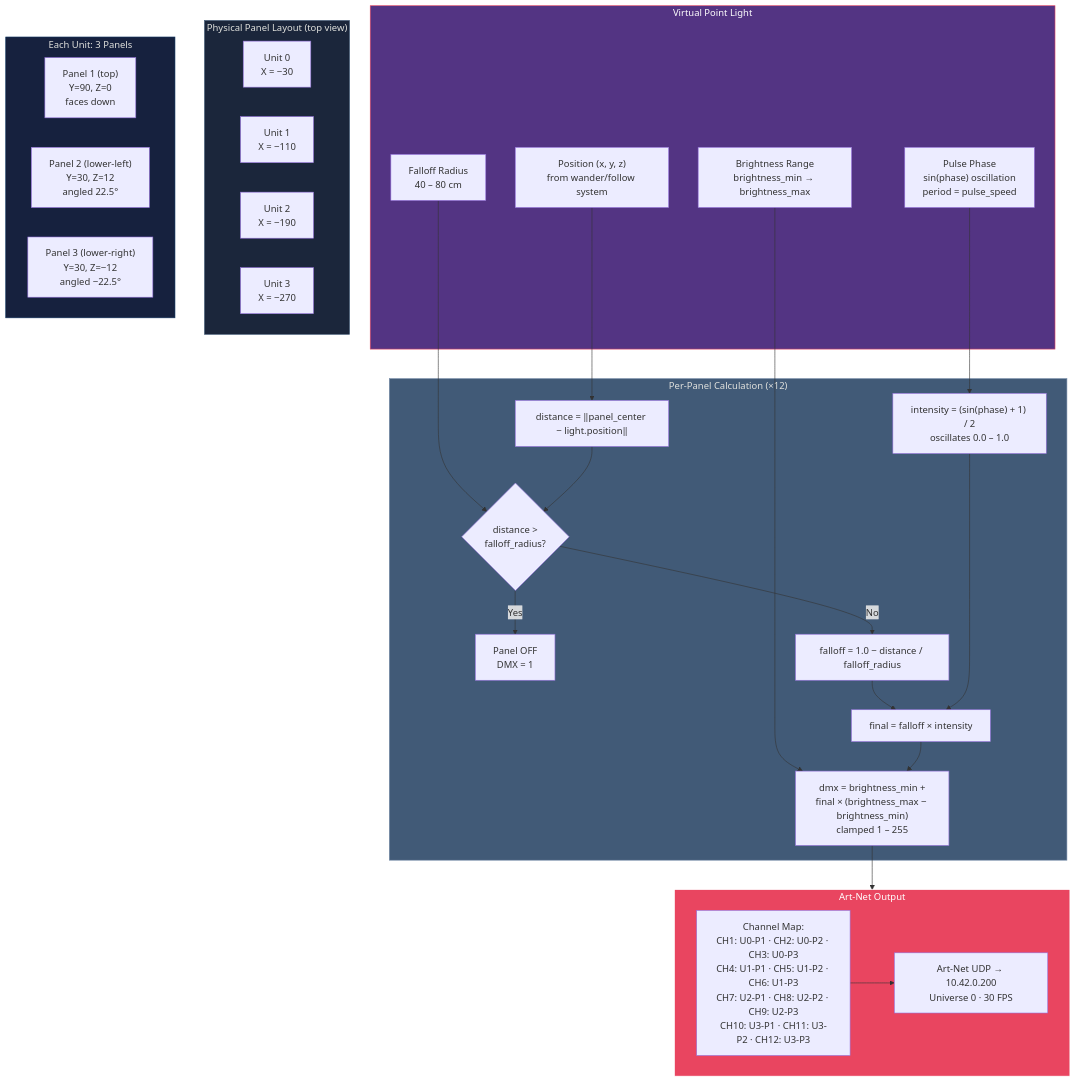
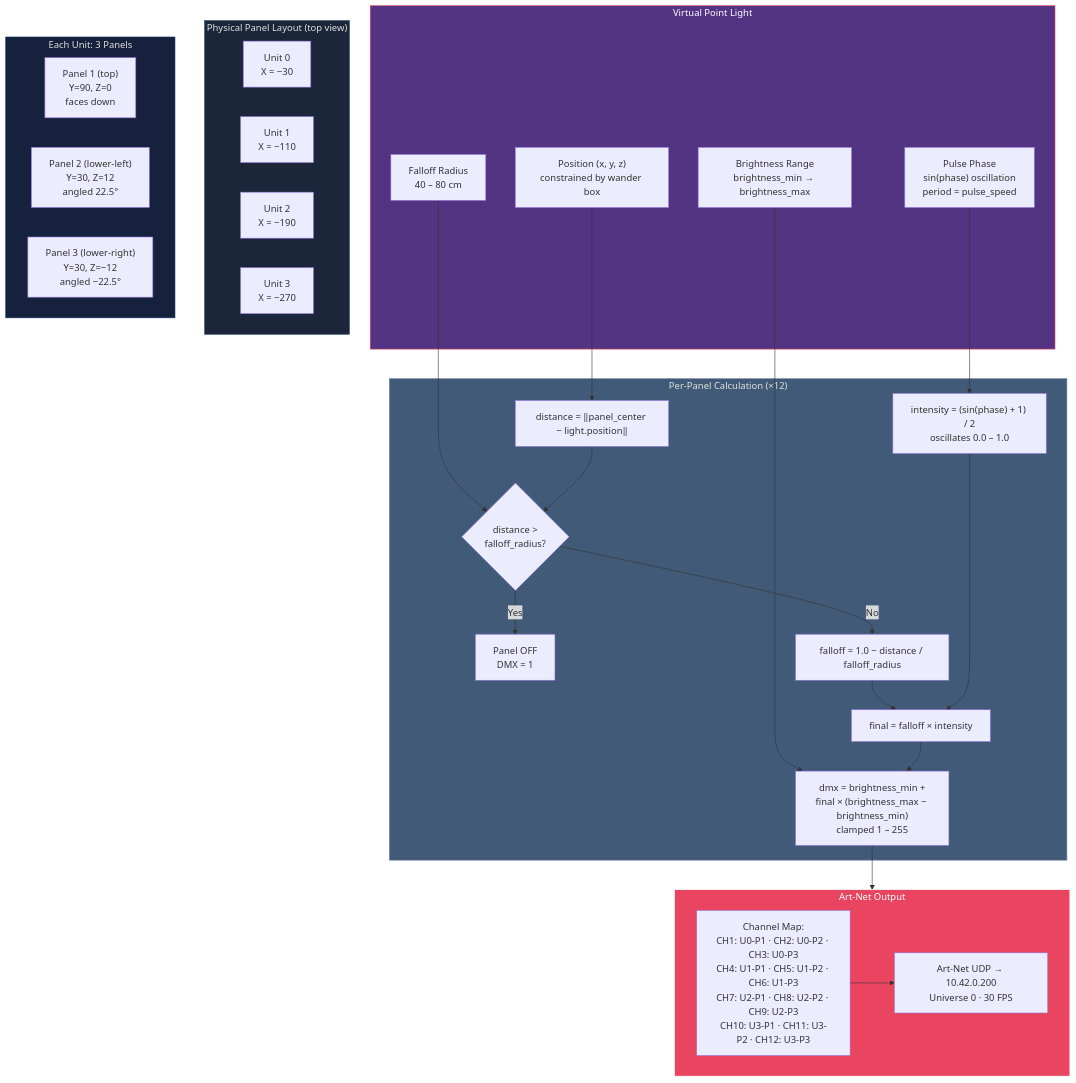
The seventh of 18 diagrams in IO/BEHAVIOR_DIAGRAMS.md (npuckett/dc-dev), drawn with Mermaid before and after one commit. The commit also changed other lines of this file and 1 other file, not shown here.

Commit message:
wander update

````diff
--- a/IO/BEHAVIOR_DIAGRAMS.md
+++ b/IO/BEHAVIOR_DIAGRAMS.md
@@ -566,58 +572,58 @@
 ```mermaid
 flowchart TB
     subgraph LIGHT["Virtual Point Light"]
-        POS["Position (x, y, z)<br/>from wander/follow system"]
+        POS["Position (x, y, z)<br/>constrained by wander box"]
         PULSE["Pulse Phase<br/>sin(phase) oscillation<br/>period = pulse_speed"]
         BRANGE["Brightness Range<br/>brightness_min → brightness_max"]
         FALLOFF["Falloff Radius<br/>40 – 80 cm"]
     end
 
     subgraph LAYOUT["Physical Panel Layout (top view)"]
         direction LR
         U0["Unit 0<br/>X = −30"]
         U1["Unit 1<br/>X = −110"]
         U2["Unit 2<br/>X = −190"]
         U3["Unit 3<br/>X = −270"]
     end
 
     subgraph UNIT_DETAIL["Each Unit: 3 Panels"]
         P1["Panel 1 (top)<br/>Y=90, Z=0<br/>faces down"]
         P2["Panel 2 (lower-left)<br/>Y=30, Z=12<br/>angled 22.5°"]
         P3["Panel 3 (lower-right)<br/>Y=30, Z=−12<br/>angled −22.5°"]
     end
 
     subgraph CALC["Per-Panel Calculation (×12)"]
         DIST["distance = ‖panel_center − light.position‖"]
         CHECK{"distance ><br/>falloff_radius?"}
         OFF["Panel OFF<br/>DMX = 1"]
         FALL["falloff = 1.0 − distance / falloff_radius"]
         INTENSITY["intensity = (sin(phase) + 1) / 2<br/>oscillates 0.0 – 1.0"]
         COMBINE["final = falloff × intensity"]
         DMX["dmx = brightness_min +<br/>final × (brightness_max − brightness_min)<br/>clamped 1 – 255"]
     end
 
     POS --> DIST
     FALLOFF --> CHECK
     DIST --> CHECK
     CHECK -->|"Yes"| OFF
     CHECK -->|"No"| FALL
     PULSE --> INTENSITY
     FALL --> COMBINE
     INTENSITY --> COMBINE
     BRANGE --> DMX
     COMBINE --> DMX
 
     subgraph OUTPUT["Art-Net Output"]
         direction LR
         CHANNELS["Channel Map:<br/>CH1: U0-P1 · CH2: U0-P2 · CH3: U0-P3<br/>CH4: U1-P1 · CH5: U1-P2 · CH6: U1-P3<br/>CH7: U2-P1 · CH8: U2-P2 · CH9: U2-P3<br/>CH10: U3-P1 · CH11: U3-P2 · CH12: U3-P3"]
         SEND["Art-Net UDP → 10.42.0.200<br/>Universe 0 · 30 FPS"]
     end
 
     DMX --> CHANNELS --> SEND
 
     style LIGHT fill:#533483,stroke:#e94560,color:#fff
     style LAYOUT fill:#1b263b,stroke:#415a77,color:#e0e1dd
     style UNIT_DETAIL fill:#16213e,stroke:#0f3460,color:#e0e1dd
     style CALC fill:#415a77,stroke:#778da9,color:#e0e1dd
     style OUTPUT fill:#e94560,stroke:#fff,color:#fff
 ```
````
